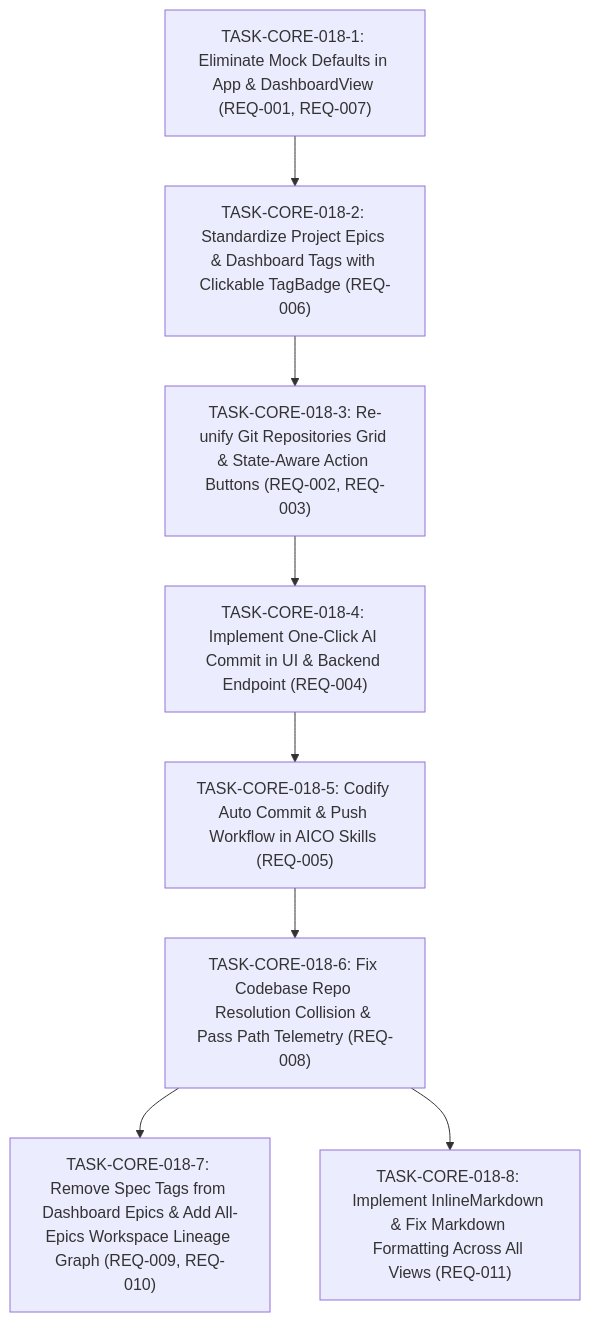
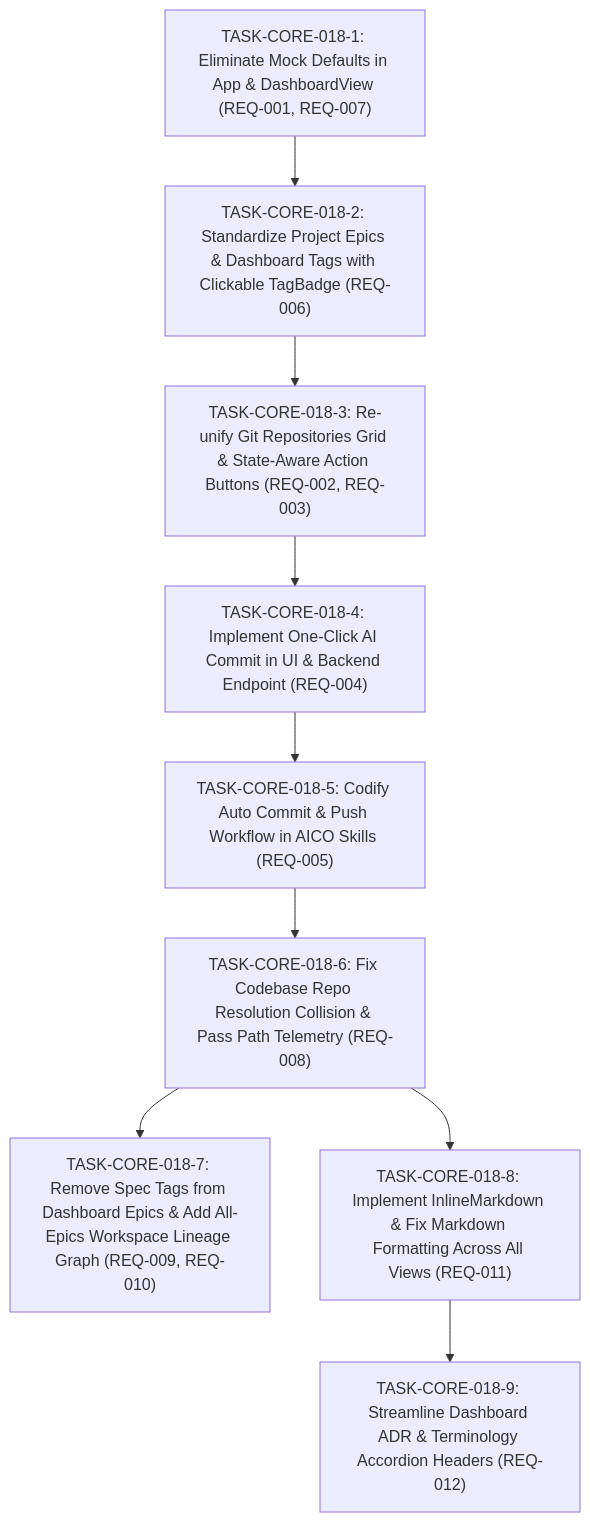
Before and after one commit to Lexer727/aico-specs: the diagram in epics/ec-core/features/ft-core-dashboard-and-repo-card-refinement/plan-ft-core-dashboard-and-repo-card-refinement.md, drawn with Mermaid. The commit also changed other lines of this file and 1 other file, not shown here.

Commit message:
feat(core): complete TASK-CORE-018-9 dashboard accordion header streamlining

````diff
--- a/epics/ec-core/features/ft-core-dashboard-and-repo-card-refinement/plan-ft-core-dashboard-and-repo-card-refinement.md
+++ b/epics/ec-core/features/ft-core-dashboard-and-repo-card-refinement/plan-ft-core-dashboard-and-repo-card-refinement.md
@@ -37,19 +38,21 @@
 ```mermaid
 flowchart TD
     T1["TASK-CORE-018-1: Eliminate Mock Defaults in App & DashboardView (REQ-001, REQ-007)"]
     T2["TASK-CORE-018-2: Standardize Project Epics & Dashboard Tags with Clickable TagBadge (REQ-006)"]
     T3["TASK-CORE-018-3: Re-unify Git Repositories Grid & State-Aware Action Buttons (REQ-002, REQ-003)"]
     T4["TASK-CORE-018-4: Implement One-Click AI Commit in UI & Backend Endpoint (REQ-004)"]
     T5["TASK-CORE-018-5: Codify Auto Commit & Push Workflow in AICO Skills (REQ-005)"]
     T6["TASK-CORE-018-6: Fix Codebase Repo Resolution Collision & Pass Path Telemetry (REQ-008)"]
     T7["TASK-CORE-018-7: Remove Spec Tags from Dashboard Epics & Add All-Epics Workspace Lineage Graph (REQ-009, REQ-010)"]
     T8["TASK-CORE-018-8: Implement InlineMarkdown & Fix Markdown Formatting Across All Views (REQ-011)"]
+    T9["TASK-CORE-018-9: Streamline Dashboard ADR & Terminology Accordion Headers (REQ-012)"]
 
     T1 --> T2
     T2 --> T3
     T3 --> T4
     T4 --> T5
     T5 --> T6
     T6 --> T7
     T6 --> T8
+    T8 --> T9
 ```
````
